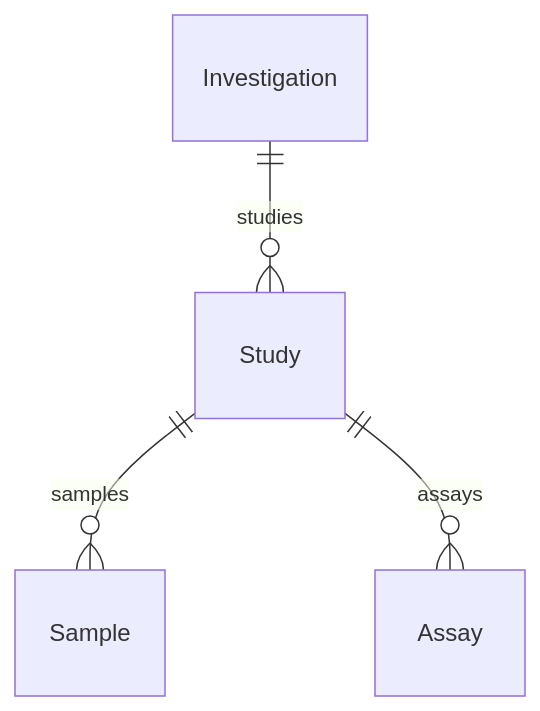
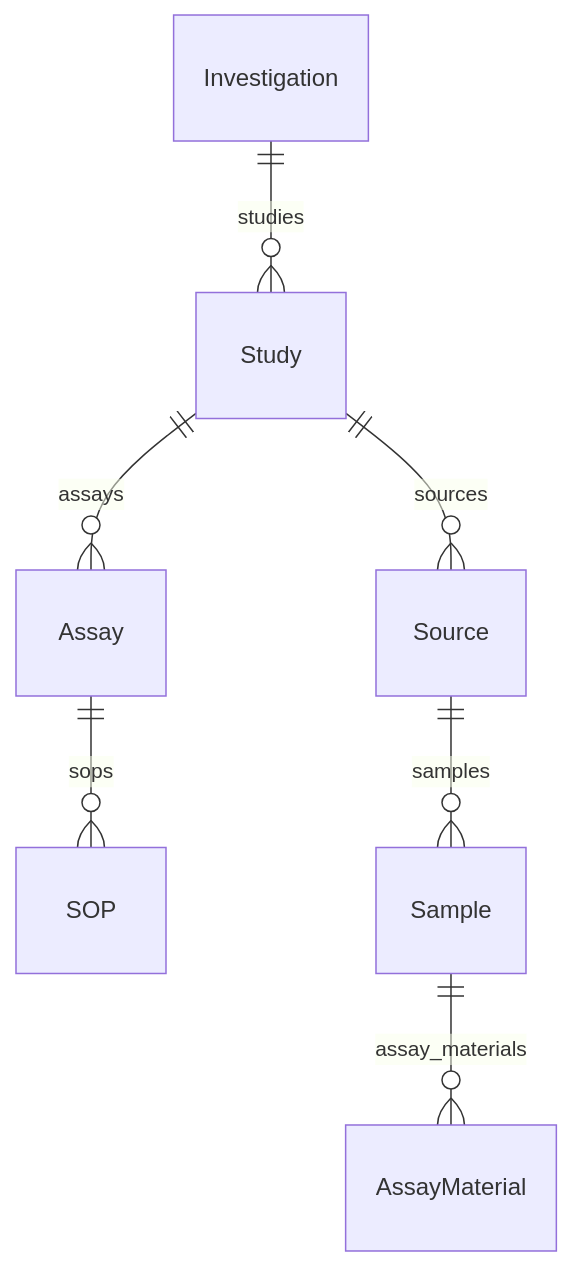
One commit to sorenwacker/metaseed changed the diagram in docs/profiles/seek-ready-template.md. Above: the diagram before and after it, drawn with Mermaid. The commit also changed other lines of this file and 28 other files, not shown here.

````diff
--- a/docs/profiles/seek-ready-template.md
+++ b/docs/profiles/seek-ready-template.md
@@ -13,6 +9,9 @@
 ```mermaid
 erDiagram
     Investigation ||--o{ Study : studies
-    Study ||--o{ Sample : samples
+    Study ||--o{ Source : sources
     Study ||--o{ Assay : assays
+    Assay ||--o{ SOP : sops
+    Source ||--o{ Sample : samples
+    Sample ||--o{ AssayMaterial : assay_materials
 ```
````
